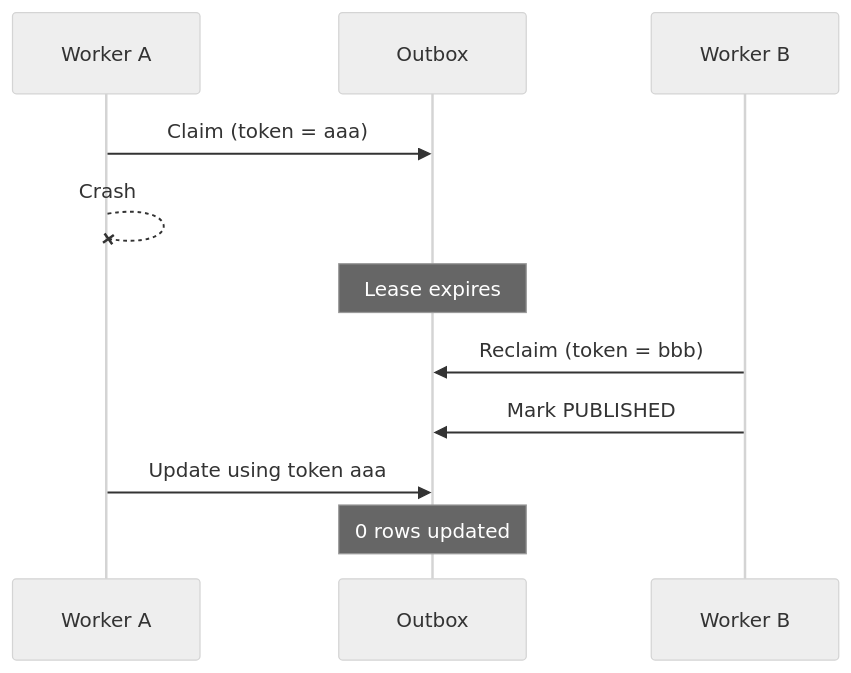
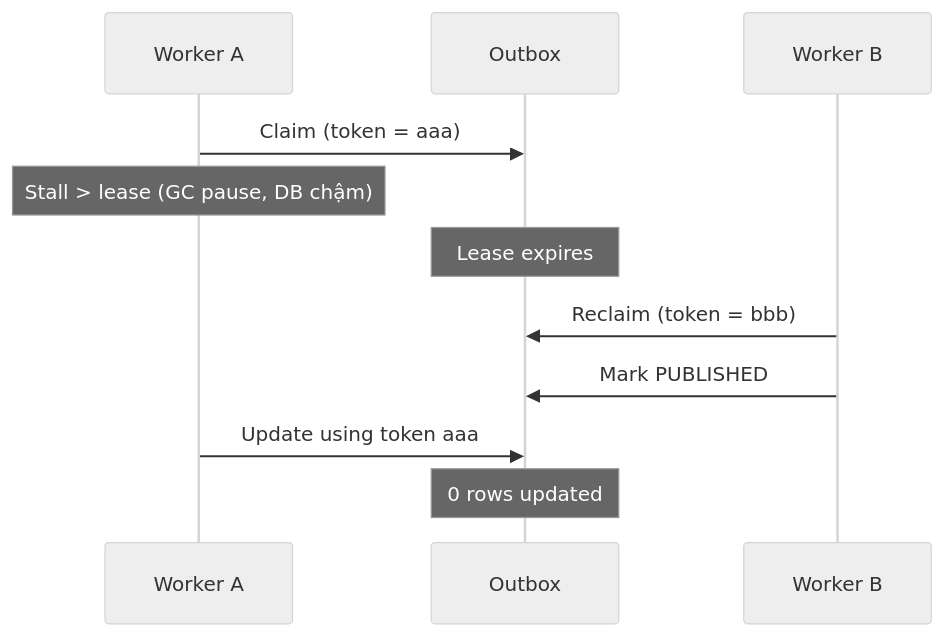
One commit to d2mteam/event-driven-ecommerce-microservices changed the fourth of 4 diagrams in README.md. Above: the diagram before and after it, drawn with Mermaid (neutral theme). The commit also changed other lines of this file, not shown here.

````diff
--- a/README.md
+++ b/README.md
@@ -176,17 +207,17 @@
 ```mermaid
 sequenceDiagram
     participant A as Worker A
     participant DB as Outbox
     participant B as Worker B
 
     A->>DB: Claim (token = aaa)
-    A--xA: Crash
+    Note over A: Stall > lease (GC pause, DB chậm)
 
     Note over DB: Lease expires
 
     B->>DB: Reclaim (token = bbb)
     B->>DB: Mark PUBLISHED
 
     A->>DB: Update using token aaa
     Note over DB: 0 rows updated
 ```
````
